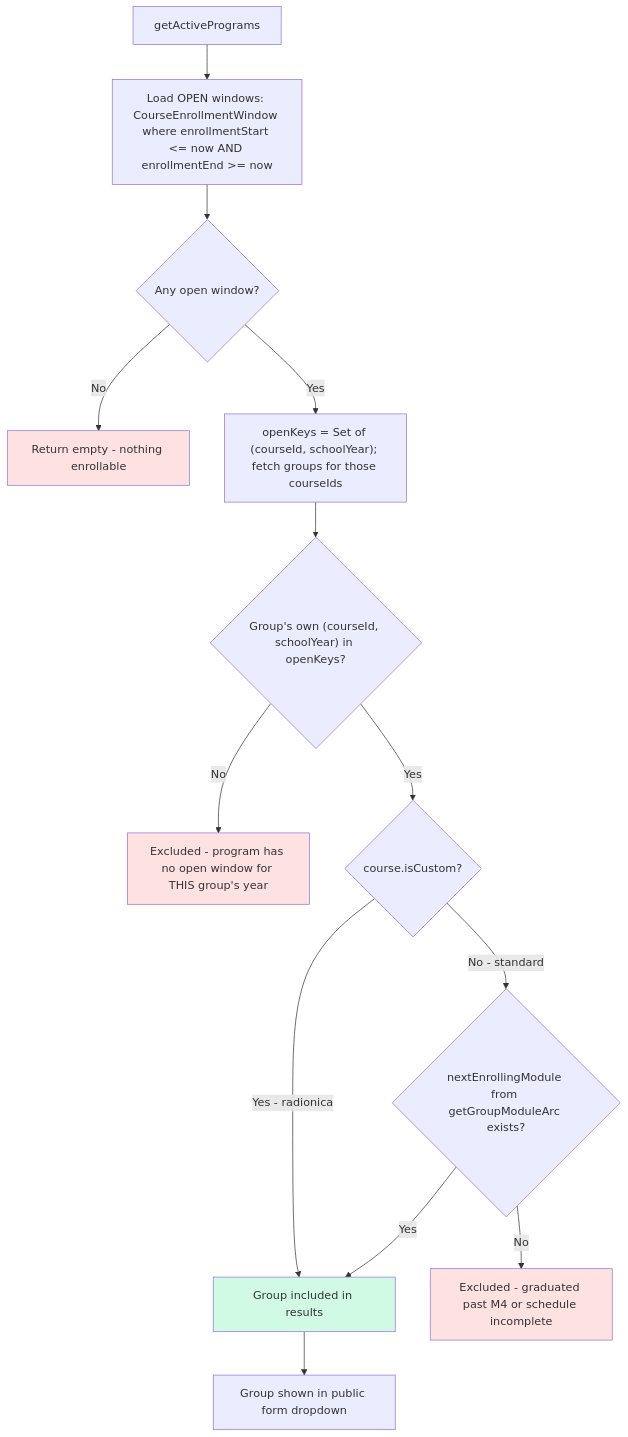
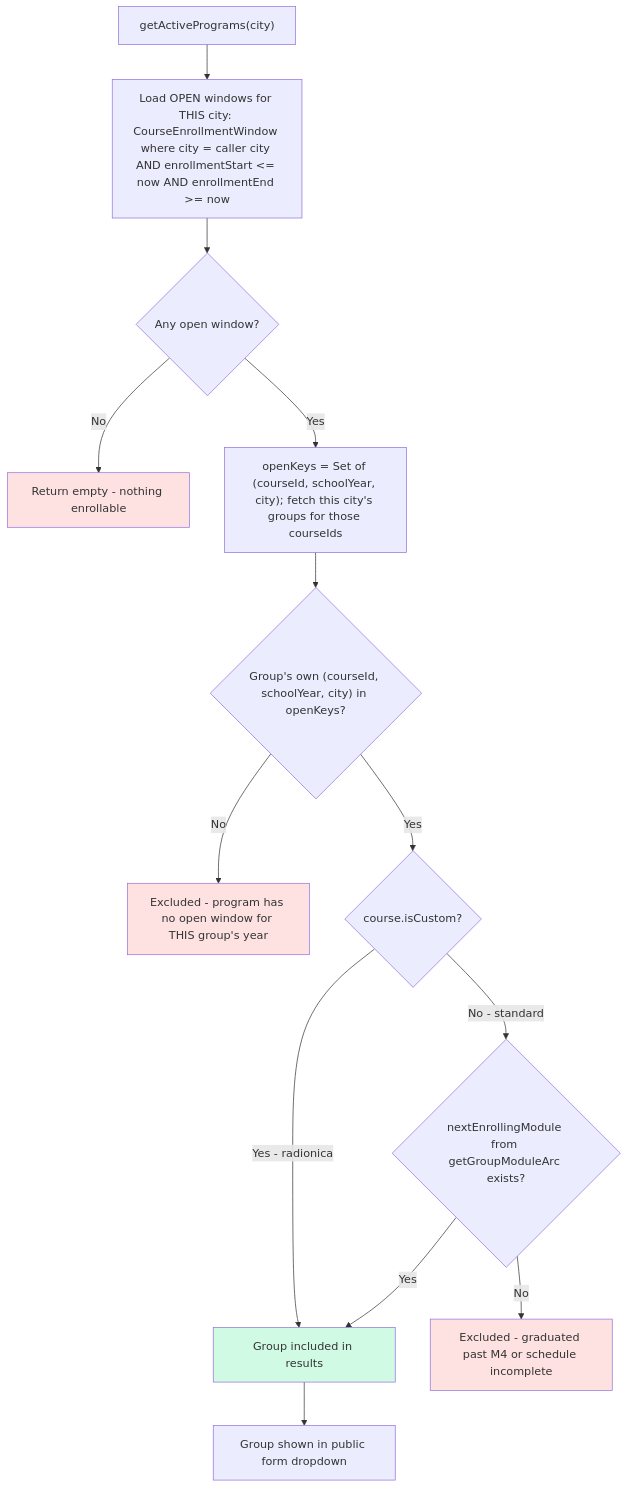
One commit to jpucic00/inovatic changed the tenth of 12 diagrams in docs/diagrams/enrollment-rules.md. Above: the diagram before and after it, drawn with Mermaid. The commit also changed other lines of this file and 18 other files, not shown here.

````diff
--- a/docs/diagrams/enrollment-rules.md
+++ b/docs/diagrams/enrollment-rules.md
@@ -304,23 +312,23 @@
 ```mermaid
 flowchart TD
-    A[getActivePrograms] --> B["Load OPEN windows: CourseEnrollmentWindow where enrollmentStart &lt;= now AND enrollmentEnd &gt;= now"]
+    A["getActivePrograms(city)"] --> B["Load OPEN windows for THIS city: CourseEnrollmentWindow where city = caller city AND enrollmentStart &lt;= now AND enrollmentEnd &gt;= now"]
     B --> B0{Any open window?}
     B0 -->|No| EMPTY[Return empty - nothing enrollable]
-    B0 -->|Yes| B1["openKeys = Set of (courseId, schoolYear); fetch groups for those courseIds"]
-    B1 --> C{"Group's own (courseId, schoolYear) in openKeys?"}
+    B0 -->|Yes| B1["openKeys = Set of (courseId, schoolYear, city); fetch this city's groups for those courseIds"]
+    B1 --> C{"Group's own (courseId, schoolYear, city) in openKeys?"}
     C -->|No| EXCLUDE[Excluded - program has no open window for THIS group's year]
     C -->|Yes| D{course.isCustom?}
 
     D -->|Yes - radionica| INCLUDE[Group included in results]
     D -->|No - standard| E{"nextEnrollingModule from getGroupModuleArc exists?"}
 
     E -->|Yes| INCLUDE
     E -->|No| EXCLUDE2[Excluded - graduated past M4 or schedule incomplete]
 
     INCLUDE --> I[Group shown in public form dropdown]
 
     style EMPTY fill:#fee2e2
     style EXCLUDE fill:#fee2e2
     style EXCLUDE2 fill:#fee2e2
     style INCLUDE fill:#d1fae5
 ```
````
